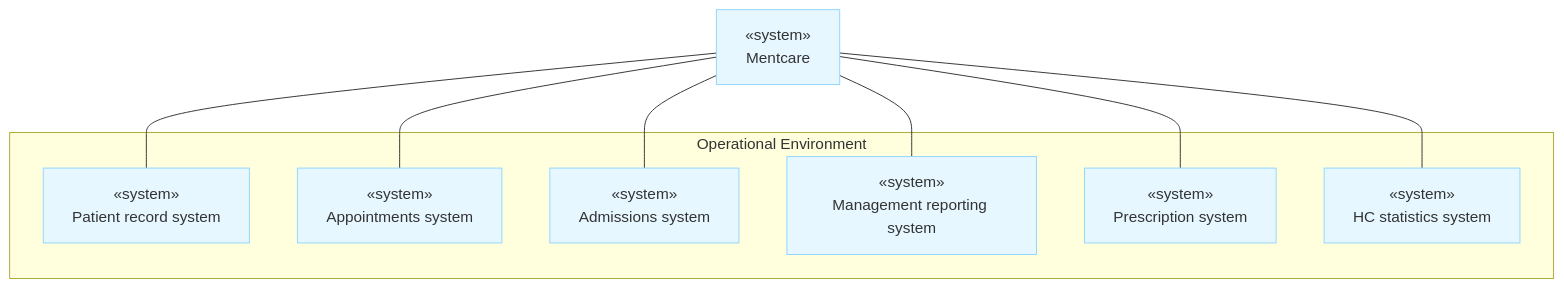
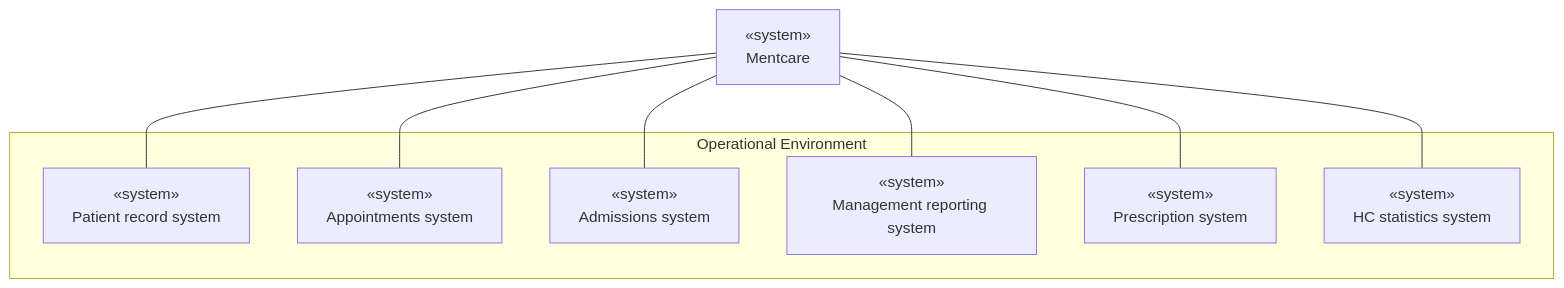
The first of 2 diagrams in docs/mca/se/u21/u2.md (sujith-eag/sujith-library), drawn with Mermaid before and after one commit. The commit also changed other lines of this file and 41 other files, not shown here.

First line of the commit message:
Refactor diagrams and remove redundant styles in documentation

````diff
--- a/docs/mca/se/u21/u2.md
+++ b/docs/mca/se/u21/u2.md
@@ -51,23 +51,20 @@
 ```mermaid
 flowchart TD
     Mentcare["«system»<br>Mentcare"]
     
     subgraph Environment [Operational Environment]
         PRS["«system»<br>Patient record system"]
         APP["«system»<br>Appointments system"]
         ADM["«system»<br>Admissions system"]
         MRS["«system»<br>Management reporting system"]
         PS["«system»<br>Prescription system"]
         HCS["«system»<br>HC statistics system"]
     end
 
     Mentcare --- PRS
     Mentcare --- APP
     Mentcare --- ADM
     Mentcare --- MRS
     Mentcare --- PS
     Mentcare --- HCS
-
-    classDef system fill:#e6f7ff,stroke:#91d5ff
-    class Mentcare,PRS,APP,ADM,MRS,PS,HCS system
 ```
````
